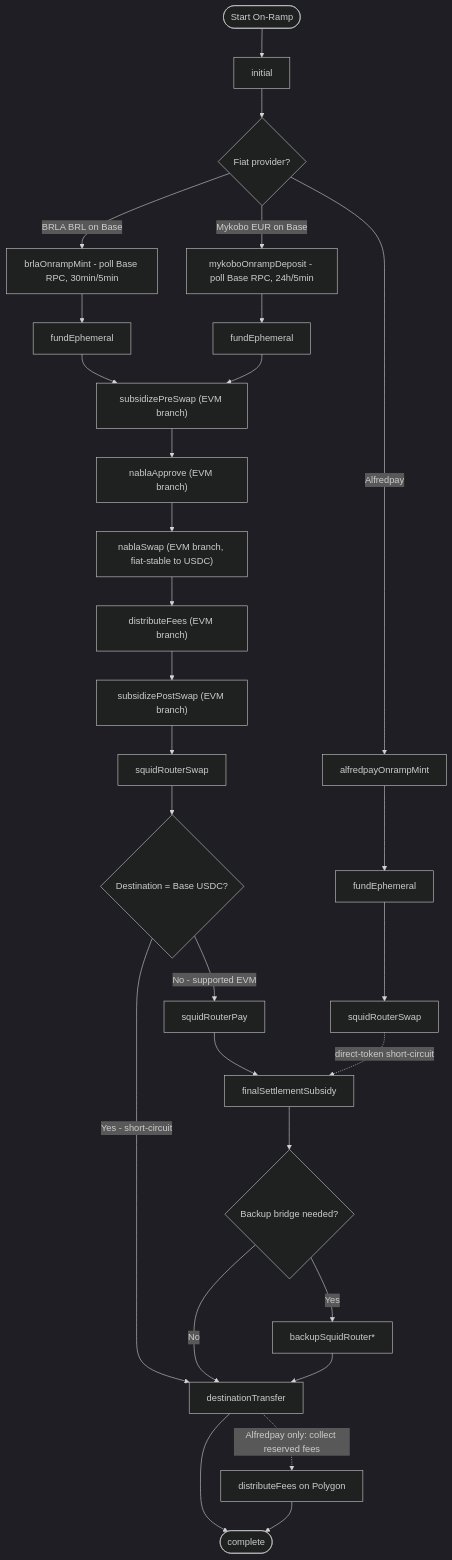
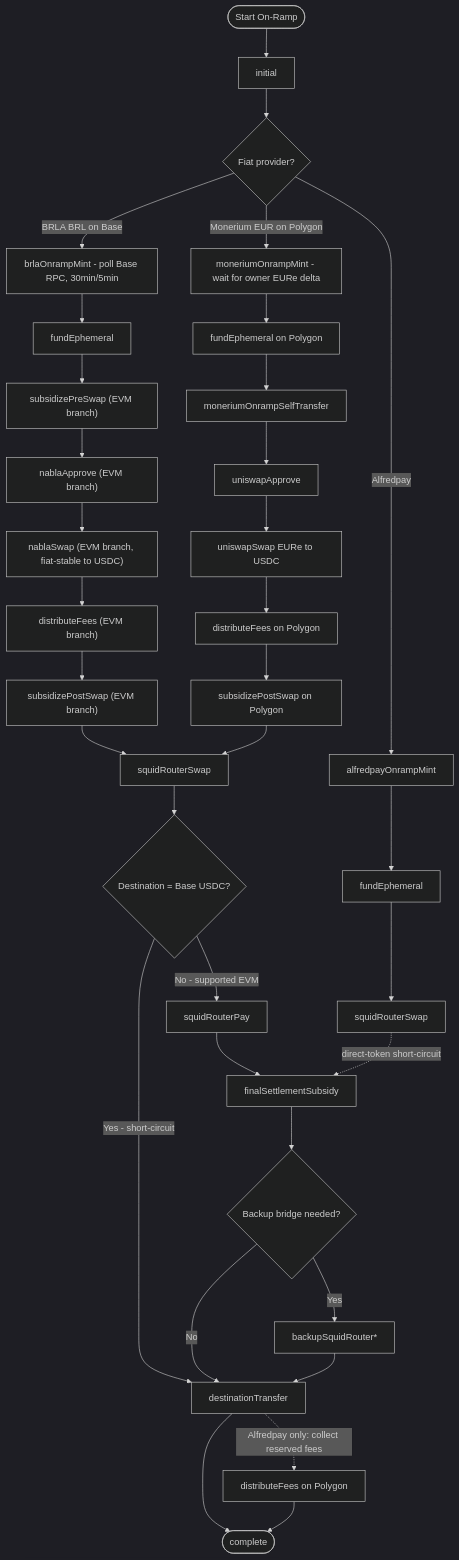
The first of 2 diagrams in docs/security-spec/03-ramp-engine/ramp-phase-flows.md (pendulum-chain/vortex), drawn with Mermaid (dark theme) before and after one commit. The commit also changed other lines of this file and 32 other files, not shown here.

Commit message:
feat(api): activate Polygon Monerium EUR onramp

````diff
--- a/docs/security-spec/03-ramp-engine/ramp-phase-flows.md
+++ b/docs/security-spec/03-ramp-engine/ramp-phase-flows.md
@@ -86,43 +78,50 @@
 ```mermaid
 graph TD
     Start([Start On-Ramp]) --> Init[initial]
     Init --> Provider{Fiat provider?}
 
     %% --- Per-corridor fiat-watch entry phases ---
     Provider -->|BRLA BRL on Base| BrlaMint[brlaOnrampMint - poll Base RPC, 30min/5min]
-    Provider -->|Mykobo EUR on Base| MykMint[mykoboOnrampDeposit - poll Base RPC, 24h/5min]
+    Provider -->|Monerium EUR on Polygon| MonIssue[moneriumOnrampMint - wait for owner EURe delta]
     Provider -->|Alfredpay| AfMint[alfredpayOnrampMint]
 
-    %% --- Both BRL and EUR fund the Base ephemeral with ETH gas before swap ---
+    %% --- BRL Base route ---
     BrlaMint --> BrlaFund[fundEphemeral]
-    MykMint --> MykFund[fundEphemeral]
     BrlaFund --> SubPreEvm
-    MykFund --> SubPreEvm
 
-    %% --- Shared Base-EVM swap chain (BRL + EUR) ---
+    %% --- Base-EVM swap chain (BRL) ---
     SubPreEvm["subsidizePreSwap (EVM branch)"] --> ApproveEvm["nablaApprove (EVM branch)"]
     ApproveEvm --> SwapEvm["nablaSwap (EVM branch, fiat-stable to USDC)"]
     SwapEvm --> DistEvm["distributeFees (EVM branch)"]
     DistEvm --> SubPostEvm["subsidizePostSwap (EVM branch)"]
     SubPostEvm --> SquidSwap[squidRouterSwap]
+
+    %% --- Monerium Polygon route ---
+    MonIssue --> MonFund[fundEphemeral on Polygon]
+    MonFund --> MonTransfer[moneriumOnrampSelfTransfer]
+    MonTransfer --> UniApprove[uniswapApprove]
+    UniApprove --> UniSwap[uniswapSwap EURe to USDC]
+    UniSwap --> MonDist[distributeFees on Polygon]
+    MonDist --> MonSub[subsidizePostSwap on Polygon]
+    MonSub --> SquidSwap
 
     %% --- Destination routing (shared) ---
     SquidSwap --> Dest{Destination = Base USDC?}
     Dest -->|Yes - short-circuit| DestTransfer[destinationTransfer]
     Dest -->|No - supported EVM| SquidPay[squidRouterPay]
     SquidPay --> FinalSubsidy[finalSettlementSubsidy]
     FinalSubsidy --> Backup{Backup bridge needed?}
     Backup -->|Yes| BackupSquid[backupSquidRouter*]
     Backup -->|No| DestTransfer
     BackupSquid --> DestTransfer
 
     %% --- Alfredpay branch: direct-token Polygon case short-circuits the swap, then final settlement subsidy runs before destinationTransfer ---
     AfMint --> AfFund[fundEphemeral]
     AfFund --> AfSquidSwap[squidRouterSwap]
     AfSquidSwap -.direct-token short-circuit.-> FinalSubsidy
 
     %% --- Terminal ---
     DestTransfer --> Complete([complete])
     DestTransfer -.Alfredpay only: collect reserved fees.-> AfDist[distributeFees on Polygon]
     AfDist --> Complete
 ```
````
